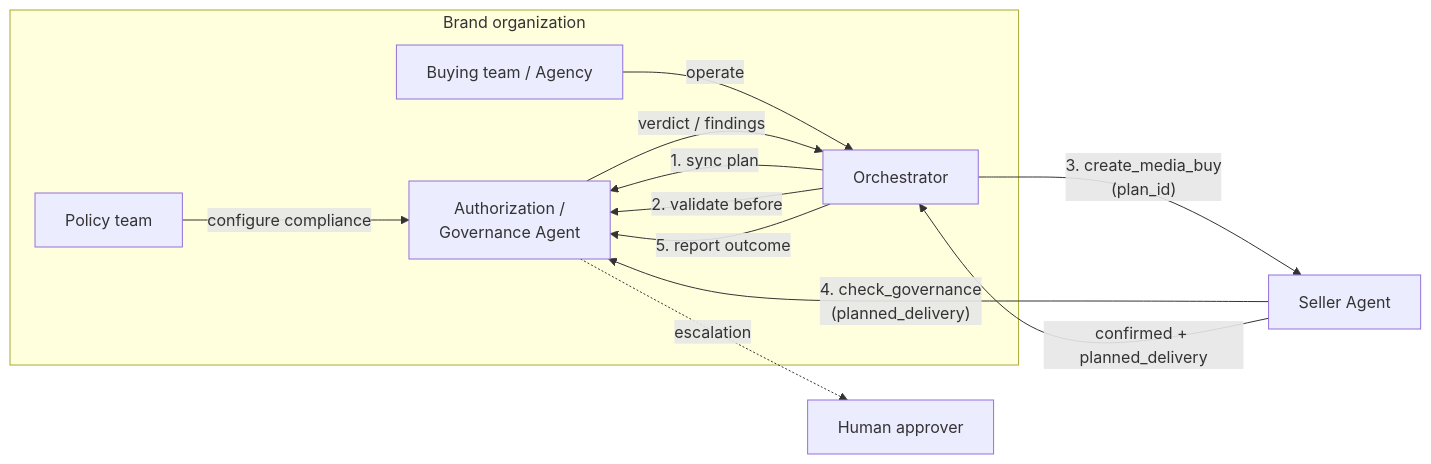
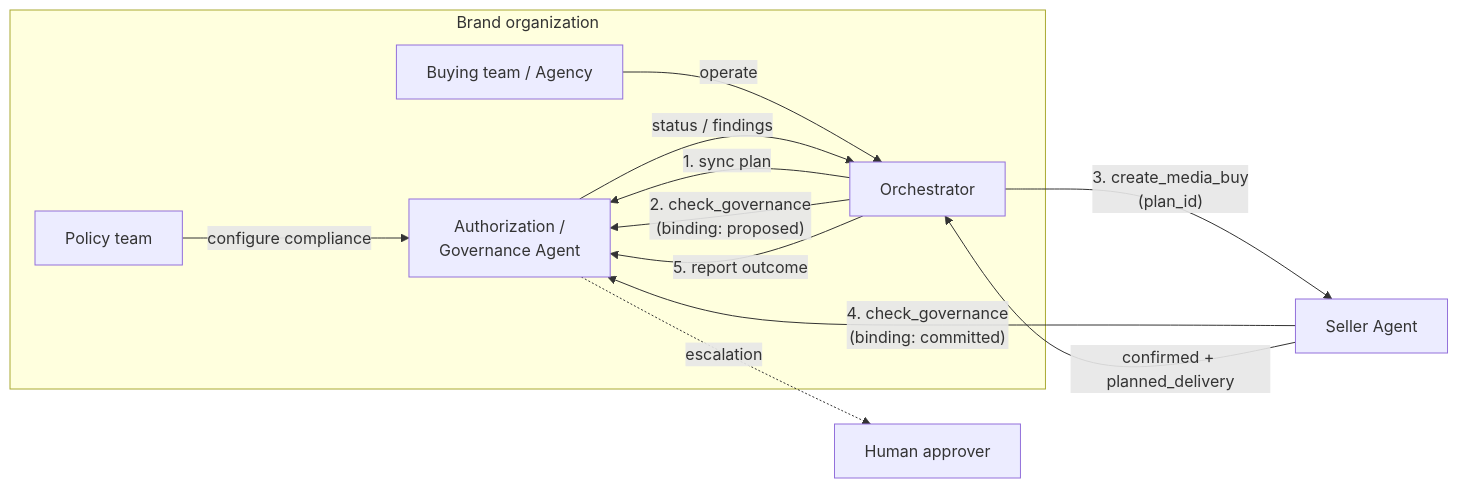
Before and after one commit to adcontextprotocol/adcp: the diagram in docs/governance/campaign/index.mdx, drawn with Mermaid. The commit also changed other lines of this file and 17 other files, not shown here.

First line of the commit message:
feat: unify check_governance model and address protocol review findings

````diff
--- a/docs/governance/campaign/index.mdx
+++ b/docs/governance/campaign/index.mdx
@@ -34,20 +34,20 @@
 ```mermaid
 flowchart LR
     subgraph brand["Brand organization"]
         policy["Policy team"]
         buying["Buying team / Agency"]
         orchestrator["Orchestrator"]
         gov["Authorization /<br/>Governance Agent"]
         policy -->|"configure compliance"| gov
         buying -->|"operate"| orchestrator
         orchestrator -->|"1. sync plan"| gov
-        orchestrator -->|"2. validate before"| gov
+        orchestrator -->|"2. check_governance<br/>(binding: proposed)"| gov
         orchestrator -->|"5. report outcome"| gov
-        gov -->|"verdict / findings"| orchestrator
+        gov -->|"status / findings"| orchestrator
     end
 
     orchestrator -->|"3. create_media_buy<br/>(plan_id)"| seller["Seller Agent"]
-    seller -->|"4. check_governance<br/>(planned_delivery)"| gov
+    seller -->|"4. check_governance<br/>(binding: committed)"| gov
     seller -->|"confirmed + planned_delivery"| orchestrator
     gov -.->|"escalation"| human["Human approver"]
 ```
````
